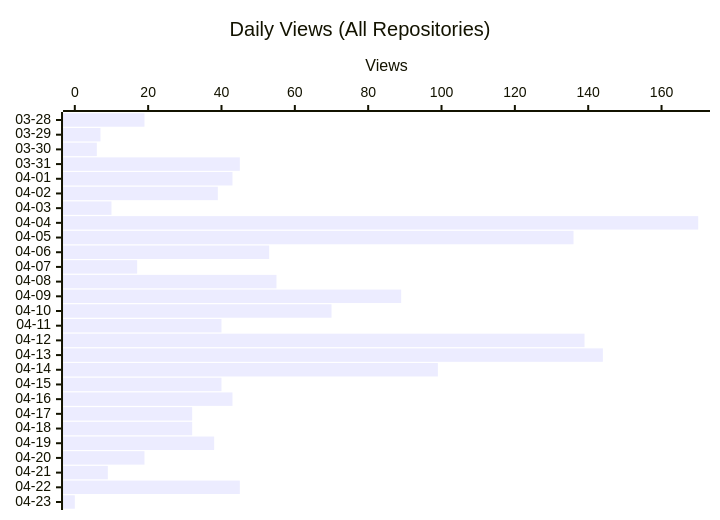
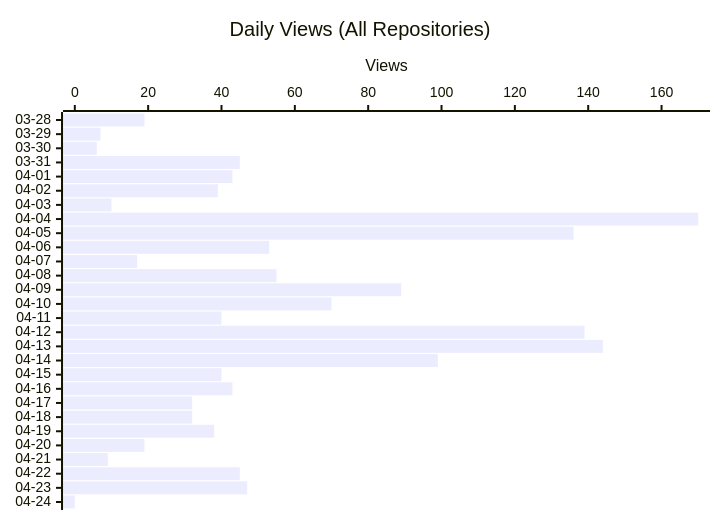
Before and after one commit to shigechika/github-insights: the second of 3 diagrams in README.md, drawn with Mermaid. The commit also changed other lines of this file and 1 other file, not shown here.

````diff
--- a/README.md
+++ b/README.md
@@ -26,7 +26,7 @@
 ```mermaid
 xychart-beta horizontal
     title "Daily Views (All Repositories)"
-    x-axis ["03-28", "03-29", "03-30", "03-31", "04-01", "04-02", "04-03", "04-04", "04-05", "04-06", "04-07", "04-08", "04-09", "04-10", "04-11", "04-12", "04-13", "04-14", "04-15", "04-16", "04-17", "04-18", "04-19", "04-20", "04-21", "04-22", "04-23"]
+    x-axis ["03-28", "03-29", "03-30", "03-31", "04-01", "04-02", "04-03", "04-04", "04-05", "04-06", "04-07", "04-08", "04-09", "04-10", "04-11", "04-12", "04-13", "04-14", "04-15", "04-16", "04-17", "04-18", "04-19", "04-20", "04-21", "04-22", "04-23", "04-24"]
     y-axis "Views"
-    bar [19, 7, 6, 45, 43, 39, 10, 170, 136, 53, 17, 55, 89, 70, 40, 139, 144, 99, 40, 43, 32, 32, 38, 19, 9, 45, 0]
+    bar [19, 7, 6, 45, 43, 39, 10, 170, 136, 53, 17, 55, 89, 70, 40, 139, 144, 99, 40, 43, 32, 32, 38, 19, 9, 45, 47, 0]
 ```
````
